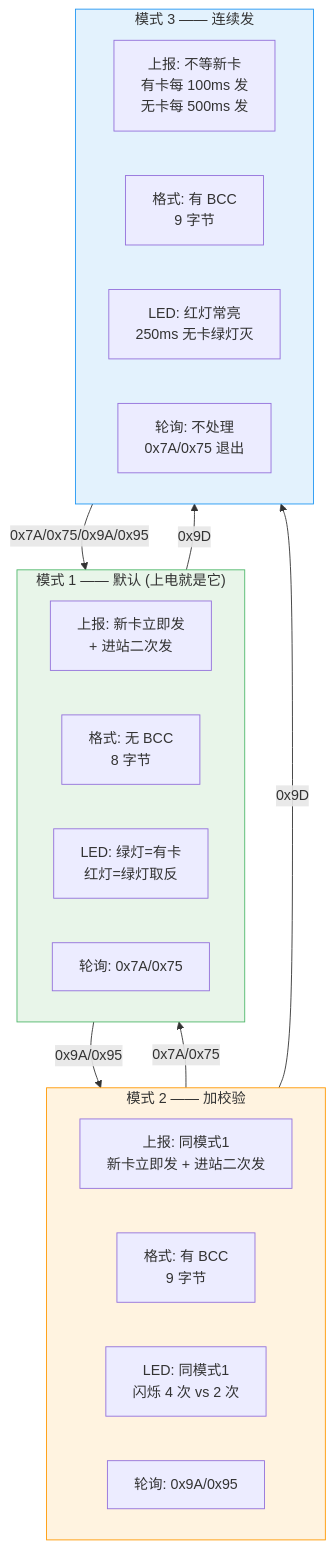
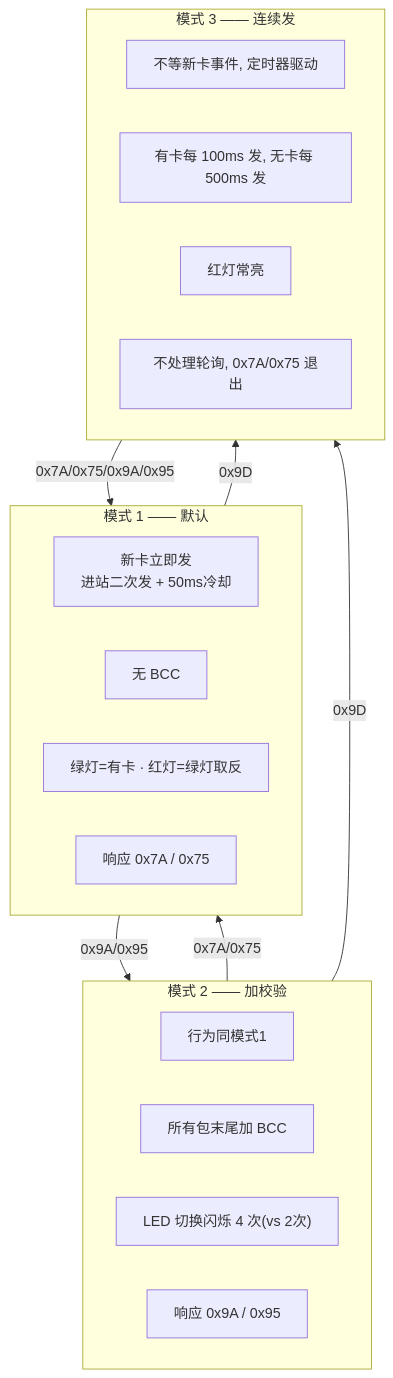
The eighth of 16 diagrams in 工作/SR3读卡器/260802SR3读卡器需求.md (Siaiai/ObsidianNote), drawn with Mermaid before and after one commit. The commit also changed other lines of this file and 3 other files, not shown here.

````diff
--- a/工作/SR3读卡器/260802SR3读卡器需求.md
+++ b/工作/SR3读卡器/260802SR3读卡器需求.md
@@ -243,36 +290,29 @@
 ```mermaid
 flowchart TB
-    subgraph M1["模式 1 —— 默认 (上电就是它)"]
-        direction LR
-        M1_1["上报: 新卡立即发<br/>+ 进站二次发"]
-        M1_2["格式: 无 BCC<br/>8 字节"]
-        M1_3["LED: 绿灯=有卡<br/>红灯=绿灯取反"]
-        M1_4["轮询: 0x7A/0x75"]
+    subgraph M1["模式 1 —— 默认"]
+        M1_1["新卡立即发<br/>进站二次发 + 50ms冷却"]
+        M1_2["无 BCC"]
+        M1_3["绿灯=有卡 · 红灯=绿灯取反"]
+        M1_4["响应 0x7A / 0x75"]
     end
 
     subgraph M2["模式 2 —— 加校验"]
-        direction LR
-        M2_1["上报: 同模式1<br/>新卡立即发 + 进站二次发"]
-        M2_2["格式: 有 BCC<br/>9 字节"]
-        M2_3["LED: 同模式1<br/>闪烁 4 次 vs 2 次"]
-        M2_4["轮询: 0x9A/0x95"]
+        M2_1["行为同模式1"]
+        M2_2["所有包末尾加 BCC"]
+        M2_3["LED 切换闪烁 4 次(vs 2次)"]
+        M2_4["响应 0x9A / 0x95"]
     end
 
     subgraph M3["模式 3 —— 连续发"]
-        direction LR
-        M3_1["上报: 不等新卡<br/>有卡每 100ms 发<br/>无卡每 500ms 发"]
-        M3_2["格式: 有 BCC<br/>9 字节"]
-        M3_3["LED: 红灯常亮<br/>250ms 无卡绿灯灭"]
-        M3_4["轮询: 不处理<br/>0x7A/0x75 退出"]
+        M3_1["不等新卡事件, 定时器驱动"]
+        M3_2["有卡每 100ms 发, 无卡每 500ms 发"]
+        M3_3["红灯常亮"]
+        M3_4["不处理轮询, 0x7A/0x75 退出"]
     end
 
     M1 -->|"0x9A/0x95"| M2
     M2 -->|"0x7A/0x75"| M1
     M1 -->|"0x9D"| M3
     M2 -->|"0x9D"| M3
     M3 -->|"0x7A/0x75/0x9A/0x95"| M1
-
-    style M1 fill:#e8f5e9,stroke:#50B86C
-    style M2 fill:#fff3e0,stroke:#FF9800
-    style M3 fill:#e3f2fd,stroke:#2196F3
 ```
````
